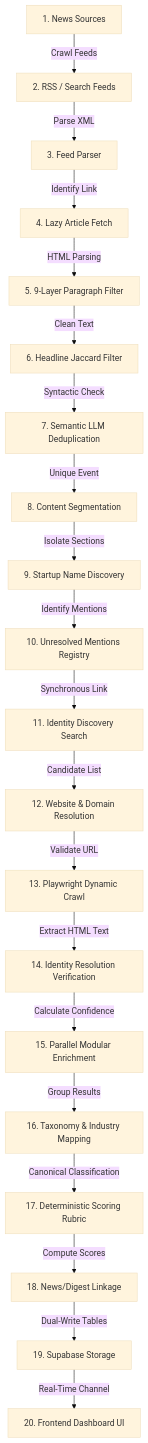
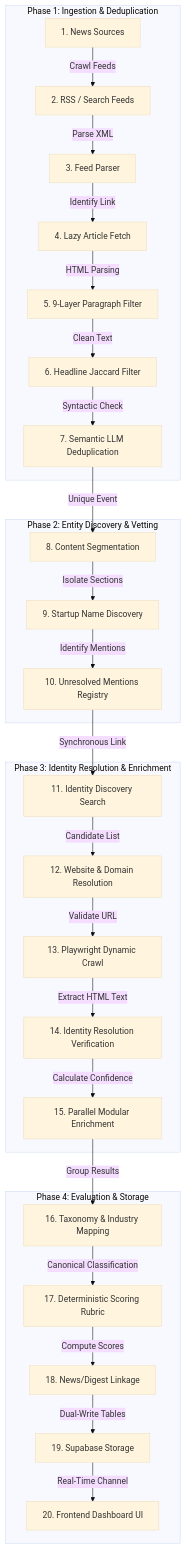
Before and after one commit to anuragbhayalprojects/startup-intelligence: the first of 2 diagrams in docs/system-architecture/intelligence-lifecycle.md, drawn with Mermaid (base theme). The commit also changed 3 other files, not shown here.

Commit message:
docs: restructure all flowcharts into boxed subgraph workflow phases for enhanced visual clarity

````diff
--- a/docs/system-architecture/intelligence-lifecycle.md
+++ b/docs/system-architecture/intelligence-lifecycle.md
@@ -11,22 +11,33 @@
 ```mermaid
-graph TD
-    A[1. News Sources] -->|Crawl Feeds| B["2. RSS / Search Feeds"]
-    B -->|Parse XML| C[3. Feed Parser]
-    C -->|Identify Link| D[4. Lazy Article Fetch]
-    D -->|HTML Parsing| E[5. 9-Layer Paragraph Filter]
-    E -->|Clean Text| F[6. Headline Jaccard Filter]
-    F -->|Syntactic Check| G[7. Semantic LLM Deduplication]
-    G -->|Unique Event| H[8. Content Segmentation]
-    H -->|Isolate Sections| I[9. Startup Name Discovery]
-    I -->|Identify Mentions| J[10. Unresolved Mentions Registry]
-    J -->|Synchronous Link| K[11. Identity Discovery Search]
-    K -->|Candidate List| L["12. Website & Domain Resolution"]
-    L -->|Validate URL| M[13. Playwright Dynamic Crawl]
-    M -->|Extract HTML Text| N[14. Identity Resolution Verification]
-    N -->|Calculate Confidence| O[15. Parallel Modular Enrichment]
-    O -->|Group Results| P["16. Taxonomy & Industry Mapping"]
-    P -->|Canonical Classification| Q[17. Deterministic Scoring Rubric]
-    Q -->|Compute Scores| R["18. News/Digest Linkage"]
-    R -->|Dual-Write Tables| S[19. Supabase Storage]
-    S -->|Real-Time Channel| T[20. Frontend Dashboard UI]
+flowchart TB
+    subgraph Ingestion["Phase 1: Ingestion & Deduplication"]
+        A["1. News Sources"] -->|Crawl Feeds| B["2. RSS / Search Feeds"]
+        B -->|Parse XML| C["3. Feed Parser"]
+        C -->|Identify Link| D["4. Lazy Article Fetch"]
+        D -->|HTML Parsing| E["5. 9-Layer Paragraph Filter"]
+        E -->|Clean Text| F["6. Headline Jaccard Filter"]
+        F -->|Syntactic Check| G["7. Semantic LLM Deduplication"]
+    end
+
+    subgraph Discovery["Phase 2: Entity Discovery & Vetting"]
+        G -->|Unique Event| H["8. Content Segmentation"]
+        H -->|Isolate Sections| I["9. Startup Name Discovery"]
+        I -->|Identify Mentions| J["10. Unresolved Mentions Registry"]
+    end
+
+    subgraph Enrichment["Phase 3: Identity Resolution & Enrichment"]
+        J -->|Synchronous Link| K["11. Identity Discovery Search"]
+        K -->|Candidate List| L["12. Website & Domain Resolution"]
+        L -->|Validate URL| M["13. Playwright Dynamic Crawl"]
+        M -->|Extract HTML Text| N["14. Identity Resolution Verification"]
+        N -->|Calculate Confidence| O["15. Parallel Modular Enrichment"]
+    end
+
+    subgraph Storage["Phase 4: Evaluation & Storage"]
+        O -->|Group Results| P["16. Taxonomy & Industry Mapping"]
+        P -->|Canonical Classification| Q["17. Deterministic Scoring Rubric"]
+        Q -->|Compute Scores| R["18. News/Digest Linkage"]
+        R -->|Dual-Write Tables| S["19. Supabase Storage"]
+        S -->|Real-Time Channel| T["20. Frontend Dashboard UI"]
+    end
 ```
````
